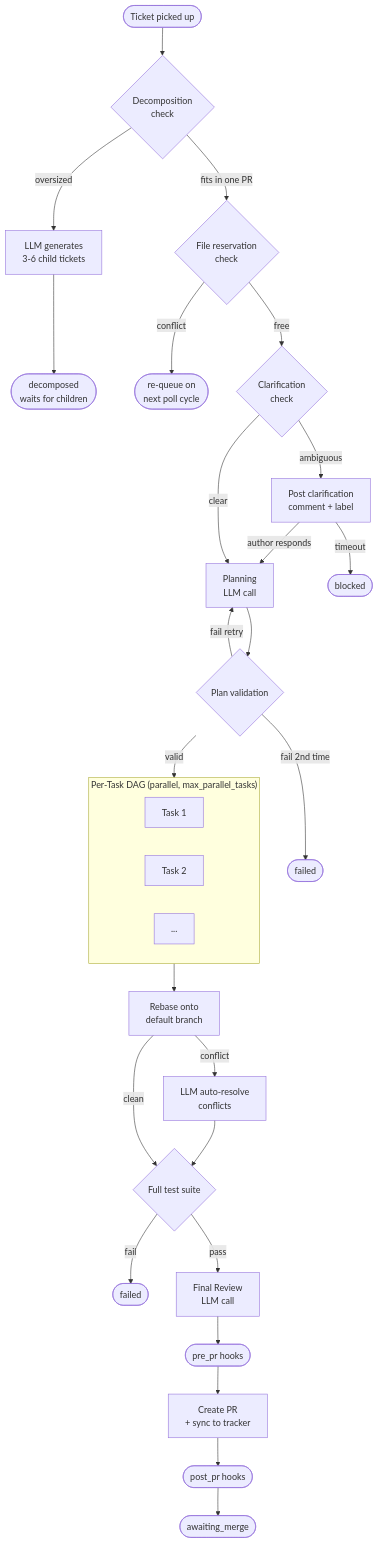
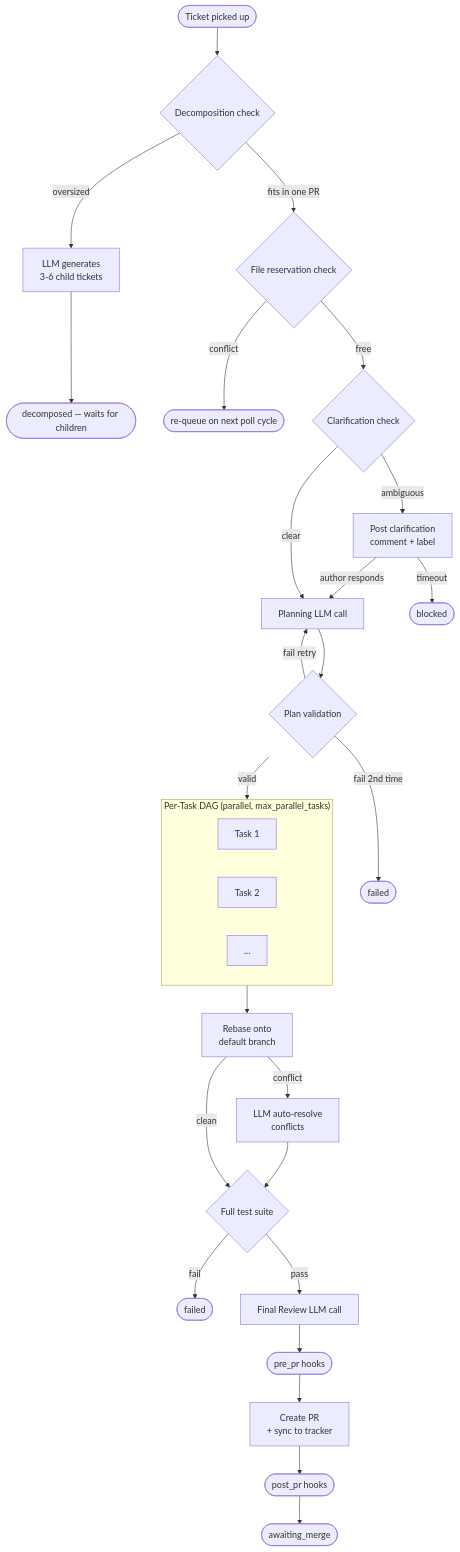
One commit to canhta/foreman changed the second of 4 diagrams in docs/pipeline.md. Above: the diagram before and after it, drawn with Mermaid. The commit also changed other lines of this file and 10 other files, not shown here.

````diff
--- a/docs/pipeline.md
+++ b/docs/pipeline.md
@@ -51,36 +51,36 @@
 ```mermaid
 flowchart TD
-    START([Ticket picked up]) --> DECOMP{Decomposition\ncheck}
-    DECOMP -- oversized --> DECOMPOSE[LLM generates\n3-6 child tickets]
-    DECOMPOSE --> DECOMPOSED([decomposed\nwaits for children])
+    START([Ticket picked up]) --> DECOMP{Decomposition check}
+    DECOMP -- oversized --> DECOMPOSE["LLM generates<br/>3-6 child tickets"]
+    DECOMPOSE --> DECOMPOSED([decomposed — waits for children])
 
-    DECOMP -- fits in one PR --> RESERVE{File reservation\ncheck}
-    RESERVE -- conflict --> REQUEUE([re-queue on\nnext poll cycle])
-    RESERVE -- free --> CLARIFY{Clarification\ncheck}
+    DECOMP -- fits in one PR --> RESERVE{File reservation check}
+    RESERVE -- conflict --> REQUEUE([re-queue on next poll cycle])
+    RESERVE -- free --> CLARIFY{Clarification check}
 
-    CLARIFY -- ambiguous --> ASKQ[Post clarification\ncomment + label]
+    CLARIFY -- ambiguous --> ASKQ["Post clarification<br/>comment + label"]
     ASKQ -- author responds --> PLAN
     ASKQ -- timeout --> BLOCKED([blocked])
 
-    CLARIFY -- clear --> PLAN[Planning\nLLM call]
+    CLARIFY -- clear --> PLAN[Planning LLM call]
     PLAN --> VALIDATE{Plan validation}
     VALIDATE -- fail retry --> PLAN
     VALIDATE -- fail 2nd time --> FAILED([failed])
     VALIDATE -- valid --> TASKS
 
     subgraph TASKS["Per-Task DAG  (parallel, max_parallel_tasks)"]
         T1["Task 1"] & T2["Task 2"] & T3["..."]
     end
 
-    TASKS --> REBASE[Rebase onto\ndefault branch]
-    REBASE -- conflict --> AUTORESOLVE[LLM auto-resolve\nconflicts]
+    TASKS --> REBASE["Rebase onto<br/>default branch"]
+    REBASE -- conflict --> AUTORESOLVE["LLM auto-resolve<br/>conflicts"]
     AUTORESOLVE --> FULLTESTS
     REBASE -- clean --> FULLTESTS{Full test suite}
     FULLTESTS -- fail --> FAILED2([failed])
-    FULLTESTS -- pass --> FINALREV[Final Review\nLLM call]
+    FULLTESTS -- pass --> FINALREV[Final Review LLM call]
 
     FINALREV --> PREPR(["pre_pr hooks"])
-    PREPR --> CREATEPR[Create PR\n+ sync to tracker]
+    PREPR --> CREATEPR["Create PR<br/>+ sync to tracker"]
     CREATEPR --> POSTPR(["post_pr hooks"])
     POSTPR --> AWAIT([awaiting_merge])
 ```
````
